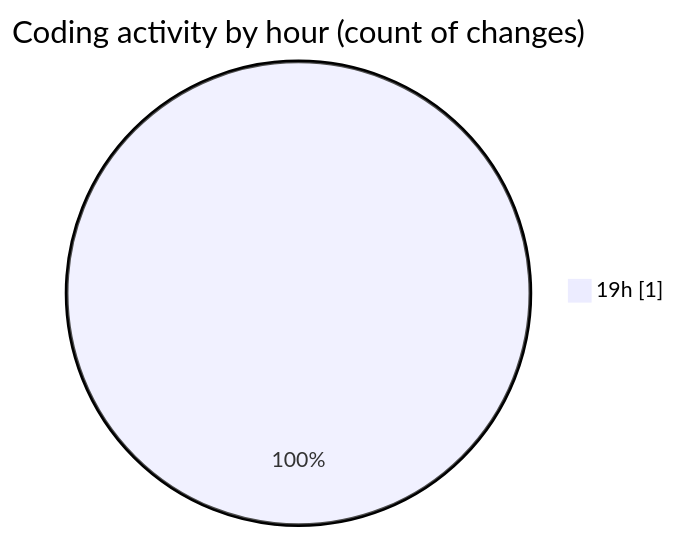
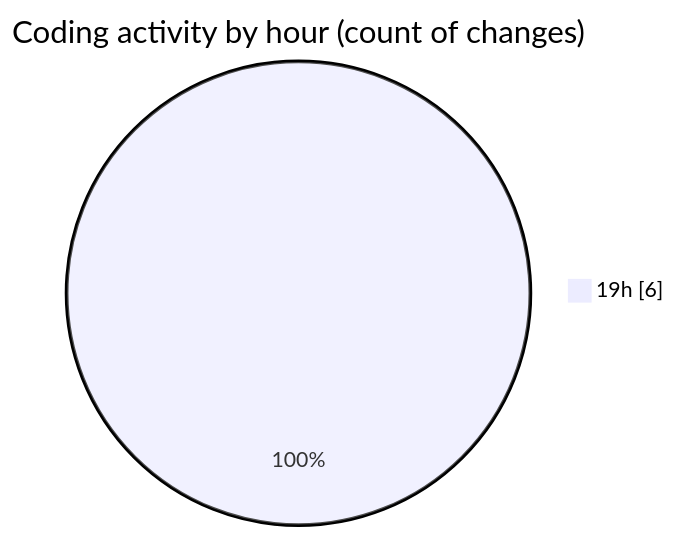
The second of 2 diagrams in 2025-04-18/echo/README.md (Netris89/code-tracking), drawn with Mermaid before and after one commit. The commit also changed other lines of this file and 1 other file, not shown here.

````diff
--- a/2025-04-18/echo/README.md
+++ b/2025-04-18/echo/README.md
@@ -28,5 +30,5 @@
 ```mermaid
 pie showData
 title Coding activity by hour (count of changes)
-"19h" : 1
+"19h" : 6
 ```
````
